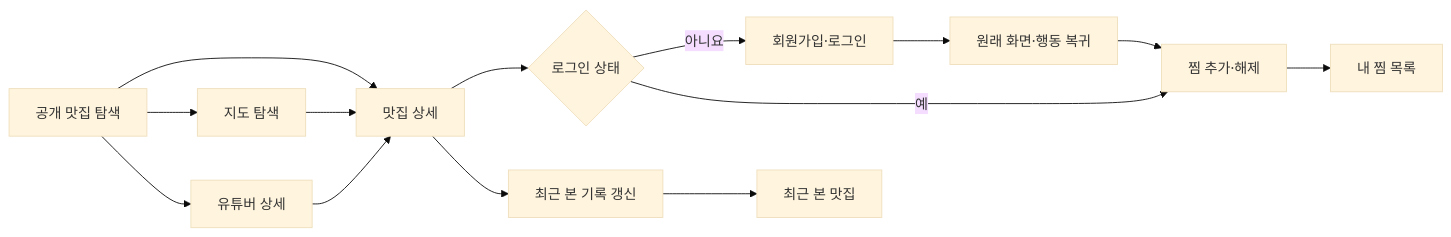
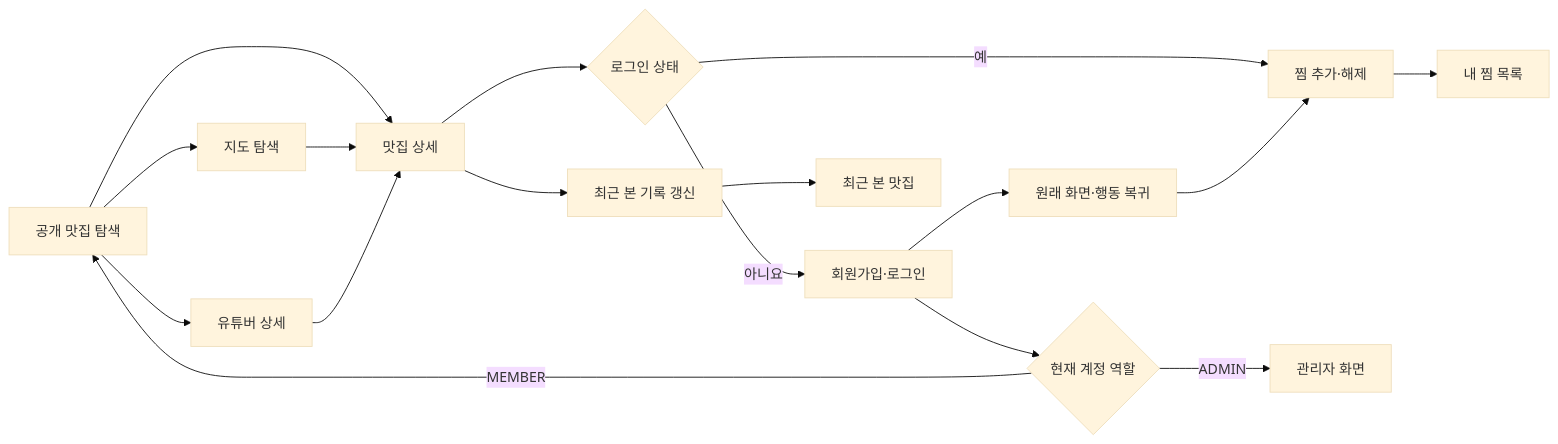
One commit to team-youngkk/masit-on changed the diagram in docs/04-product/user-flows/first-expansion-user-flows.md. Above: the diagram before and after it, drawn with Mermaid (base theme). The commit also changed other lines of this file and 68 other files, not shown here.

````diff
--- a/docs/04-product/user-flows/first-expansion-user-flows.md
+++ b/docs/04-product/user-flows/first-expansion-user-flows.md
@@ -33,16 +37,19 @@
 ```mermaid
 flowchart LR
     PUBLIC["공개 맛집 탐색"] --> DETAIL["맛집 상세"]
     PUBLIC --> MAP["지도 탐색"]
     PUBLIC --> CREATOR["유튜버 상세"]
     DETAIL --> AUTH{"로그인 상태"}
     AUTH -->|아니요| LOGIN["회원가입·로그인"]
     AUTH -->|예| SAVE["찜 추가·해제"]
     LOGIN --> RETURN["원래 화면·행동 복귀"]
     RETURN --> SAVE
+    LOGIN --> ROLE{"현재 계정 역할"}
+    ROLE -->|ADMIN| ADMIN["관리자 화면"]
+    ROLE -->|MEMBER| PUBLIC
     DETAIL --> RECENT["최근 본 기록 갱신"]
     SAVE --> FAVORITES["내 찜 목록"]
     RECENT --> RECENTS["최근 본 맛집"]
     MAP --> DETAIL
     CREATOR --> DETAIL
 ```
````
